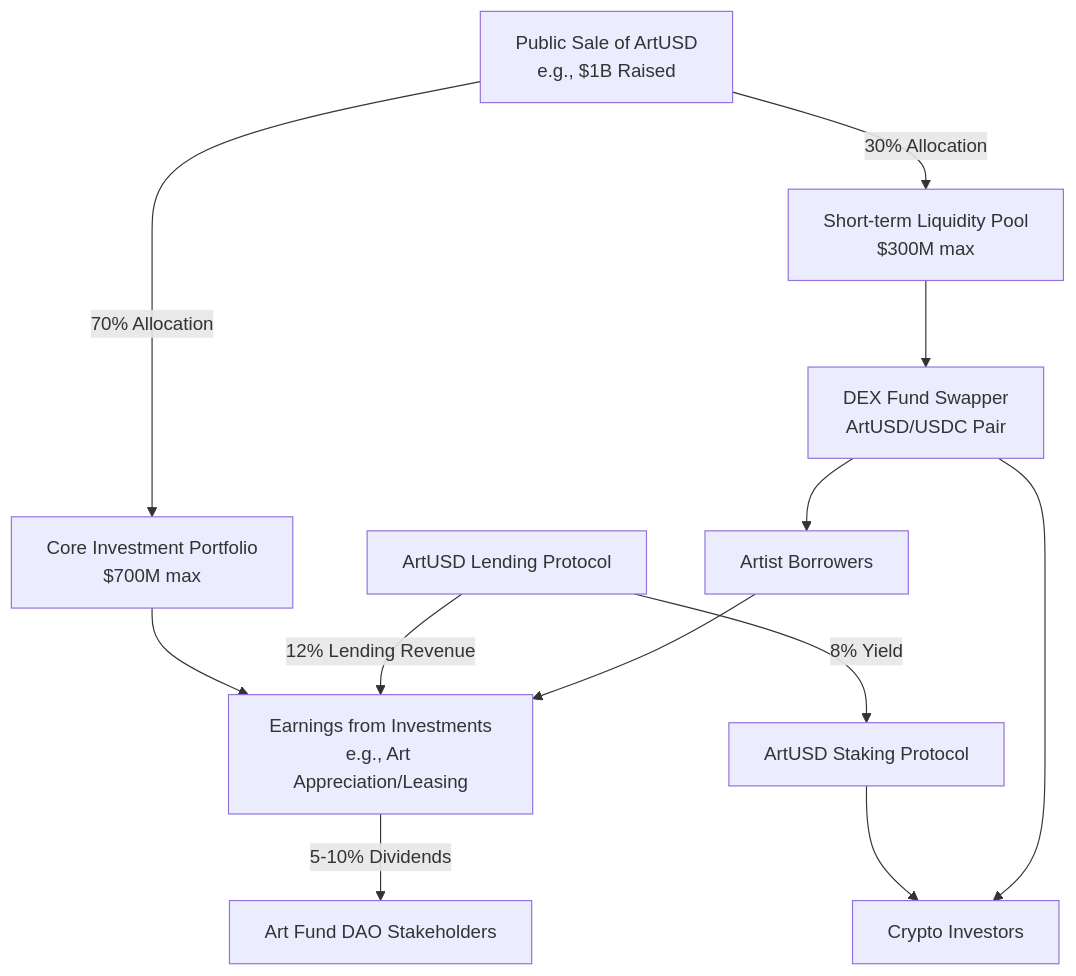
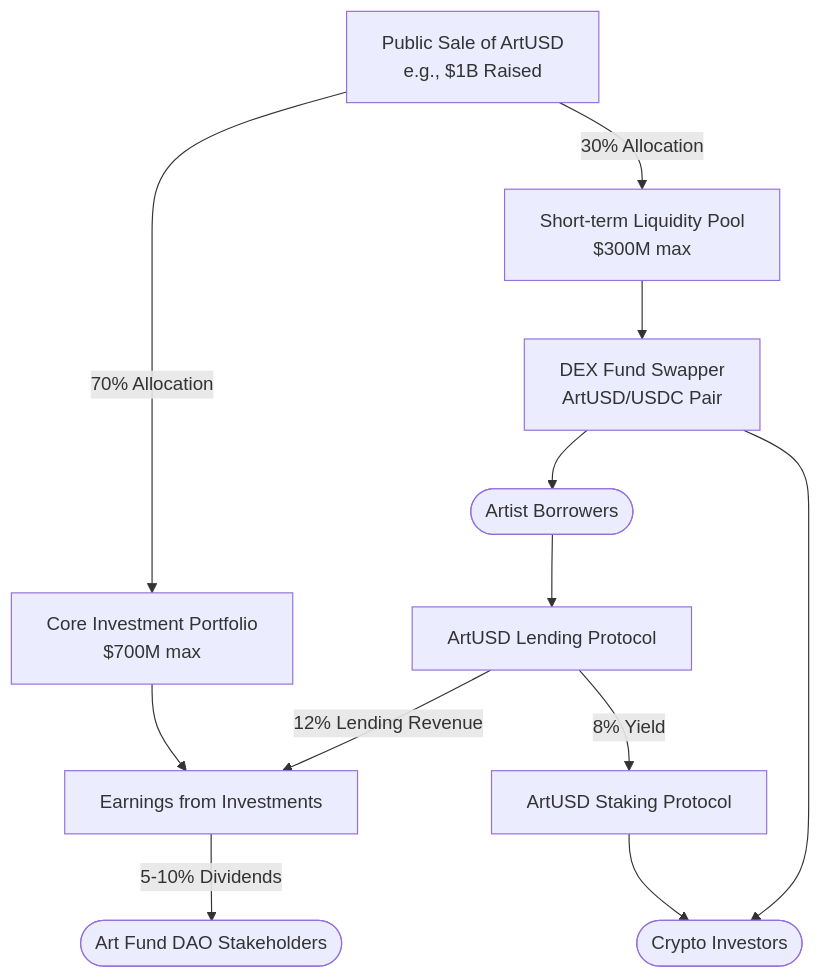
Before and after one commit to realmatterio/ArtUSD: the first of 2 diagrams in ArtUSD Finance Protocol and Revenue Streams.md, drawn with Mermaid.

Commit message:
Update ArtUSD Finance Protocol and Revenue Streams.md

````diff
--- a/ArtUSD Finance Protocol and Revenue Streams.md
+++ b/ArtUSD Finance Protocol and Revenue Streams.md
@@ -54,14 +54,14 @@
 ```mermaid
 graph TD
     A[Public Sale of ArtUSD<br>e.g., $1B Raised] -->|70% Allocation| B[Core Investment Portfolio<br>$700M max]
     A -->|30% Allocation| C[Short-term Liquidity Pool<br>$300M max]
-    B --> D[Earnings from Investments<br>e.g., Art Appreciation/Leasing]
-    D -->|5-10% Dividends| E[Art Fund DAO Stakeholders]
+    B --> D[Earnings from Investments]
+    D -->|5-10% Dividends| E([Art Fund DAO Stakeholders])
     F[ArtUSD Lending Protocol] -->|12% Lending Revenue| D
     F -->|8% Yield| G[ArtUSD Staking Protocol]
-    G --> H[Crypto Investors]
+    G --> H([Crypto Investors])
     C --> I[DEX Fund Swapper<br>ArtUSD/USDC Pair]
     I --> H
-    I --> J[Artist Borrowers]
-    J --> D
+    I --> J([Artist Borrowers])
+    J --> F
 ```
````
